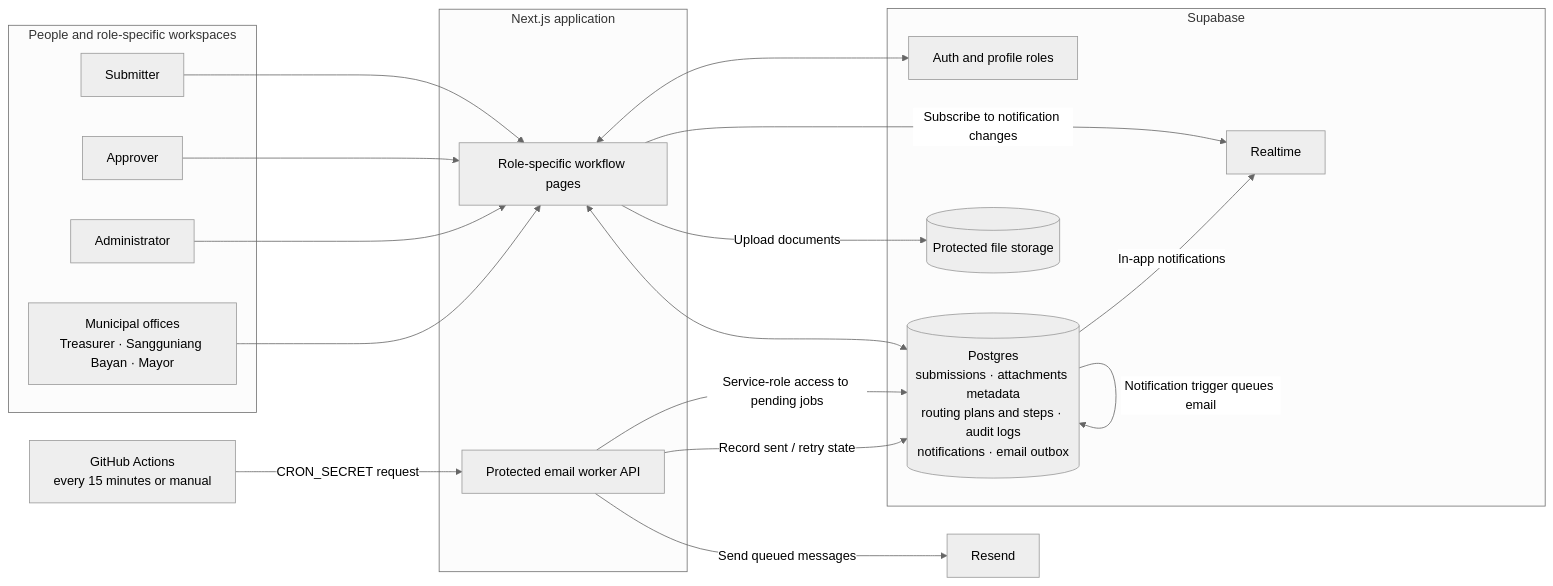
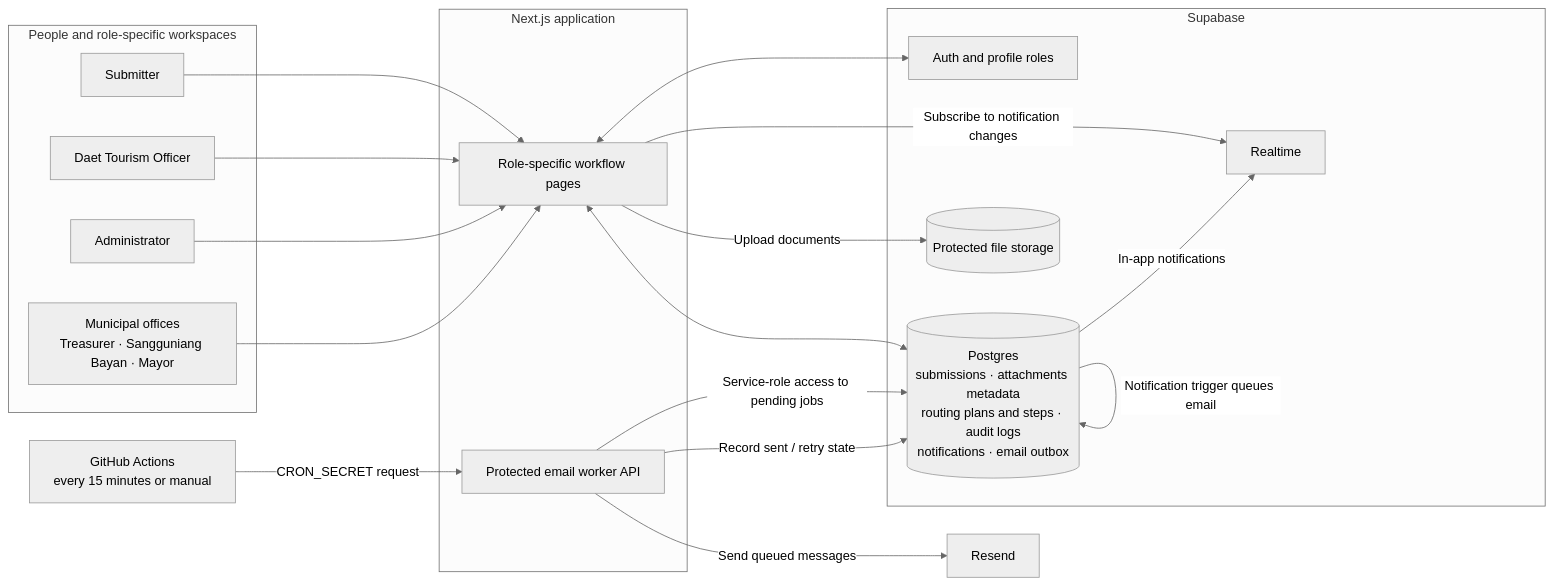
One commit to ivanlacson00-ux/connect-daet.ai-workflow changed the first of 2 diagrams in WORKFLOW-ARCHITECTURE.md. Above: the diagram before and after it, drawn with Mermaid (neutral theme). The commit also changed other lines of this file and 29 other files, not shown here.

````diff
--- a/WORKFLOW-ARCHITECTURE.md
+++ b/WORKFLOW-ARCHITECTURE.md
@@ -8,39 +8,39 @@
 ```mermaid
 flowchart LR
   subgraph People["People and role-specific workspaces"]
     Submitter["Submitter"]
-    Approver["Approver"]
+    Tourism["Daet Tourism Officer"]
     Admin["Administrator"]
     Offices["Municipal offices<br/>Treasurer · Sangguniang Bayan · Mayor"]
   end
 
   subgraph App["Next.js application"]
     UI["Role-specific workflow pages"]
     EmailAPI["Protected email worker API"]
   end
 
   subgraph Supabase["Supabase"]
     Auth["Auth and profile roles"]
     DB[("Postgres<br/>submissions · attachments metadata<br/>routing plans and steps · audit logs<br/>notifications · email outbox")]
     Storage[("Protected file storage")]
     Realtime["Realtime"]
   end
 
   Actions["GitHub Actions<br/>every 15 minutes or manual"]
   Resend["Resend"]
 
   Submitter --> UI
-  Approver --> UI
+  Tourism --> UI
   Admin --> UI
   Offices --> UI
   UI <--> Auth
   UI <--> DB
   UI -->|"Upload documents"| Storage
   UI -->|"Subscribe to notification changes"| Realtime
   DB -->|"In-app notifications"| Realtime
   DB -->|"Notification trigger queues email"| DB
   Actions -->|"CRON_SECRET request"| EmailAPI
   EmailAPI -->|"Service-role access to pending jobs"| DB
   EmailAPI -->|"Send queued messages"| Resend
   EmailAPI -->|"Record sent / retry state"| DB
 ```
````
